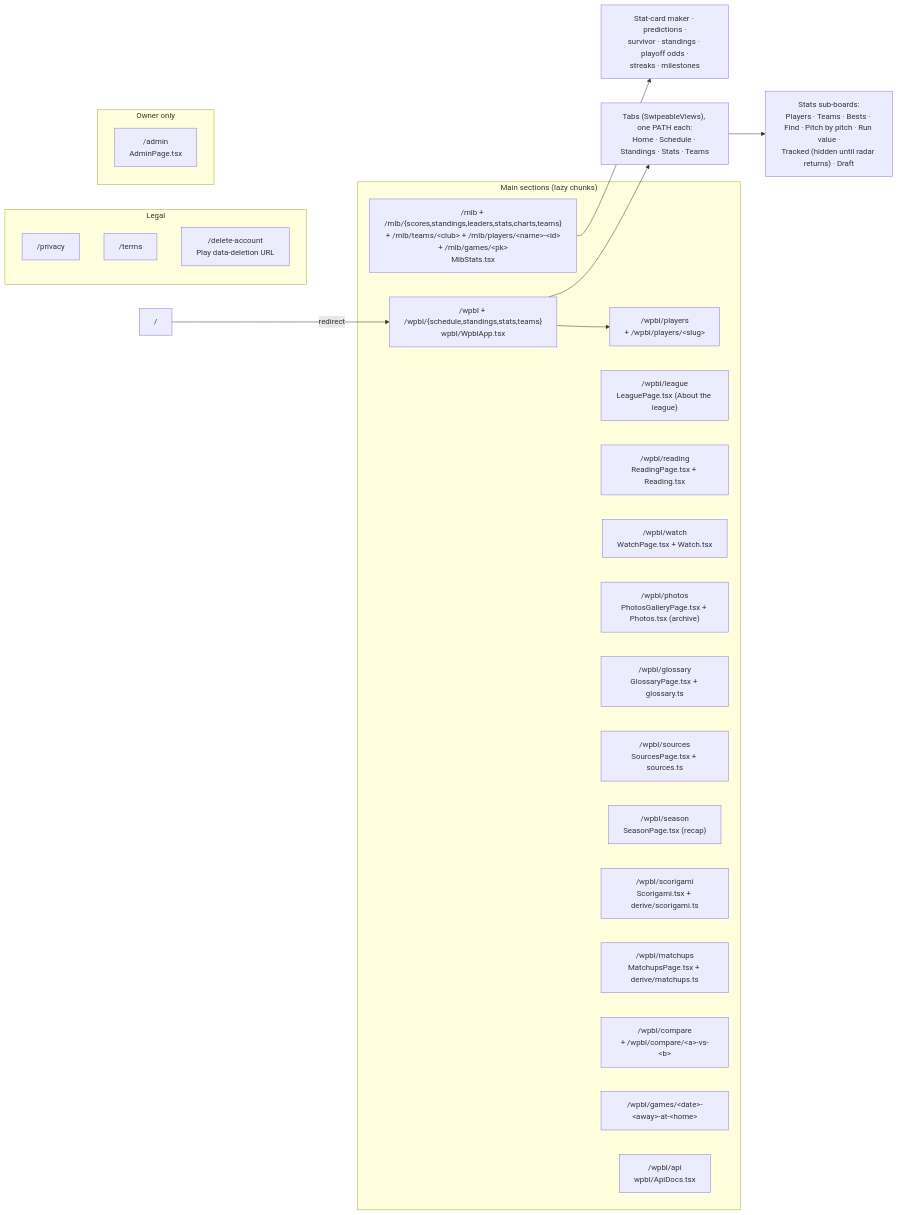
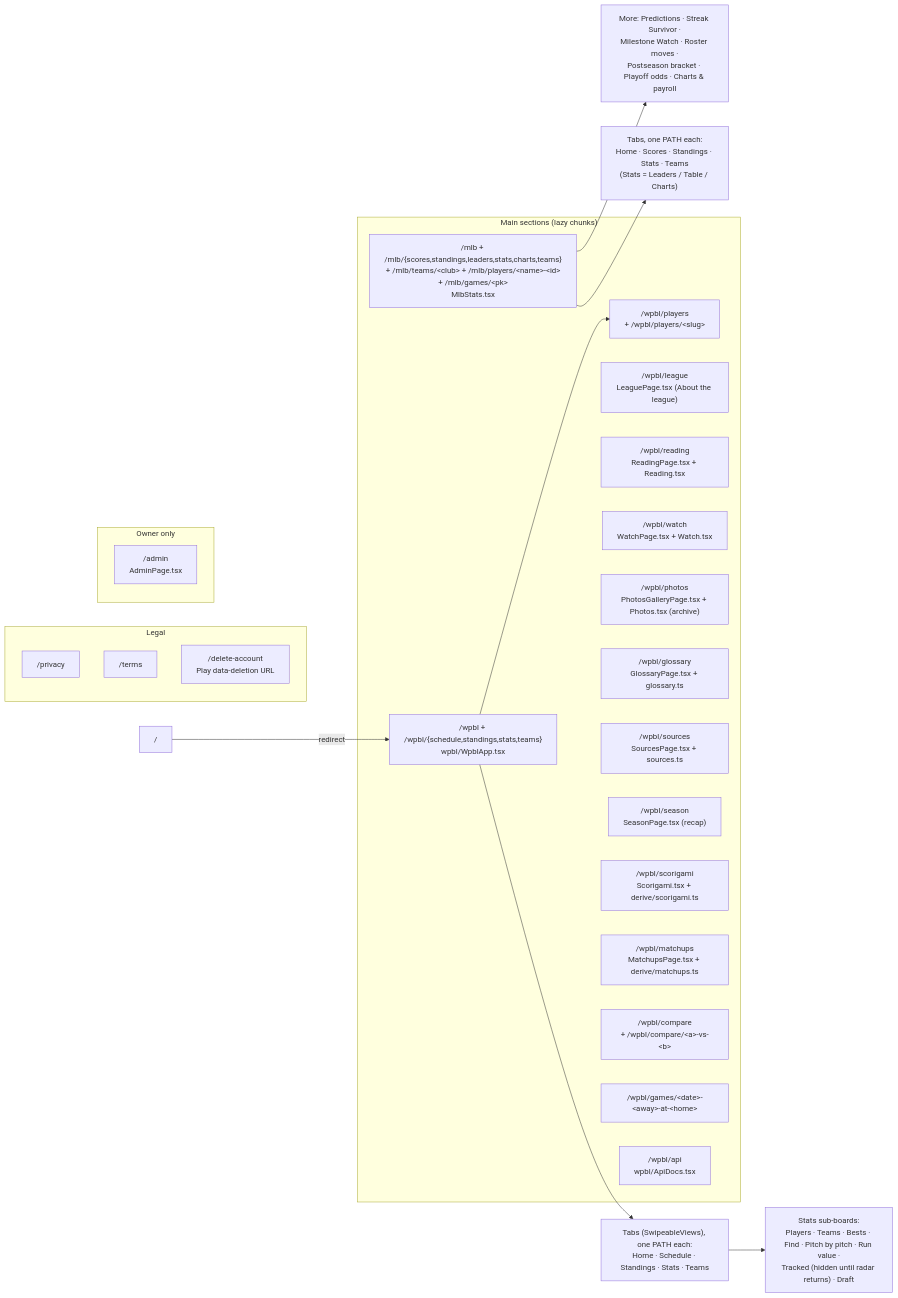
Before and after one commit to sportydolphin/fun: the second of 5 diagrams in ARCHITECTURE.md, drawn with Mermaid. The commit also changed other lines of this file and 11 other files, not shown here.

````diff
--- a/ARCHITECTURE.md
+++ b/ARCHITECTURE.md
@@ -98,36 +98,37 @@
 ```mermaid
 flowchart LR
     subgraph Main["Main sections (lazy chunks)"]
         mlb["/mlb + /mlb/{scores,standings,leaders,stats,charts,teams}<br/>+ /mlb/teams/&lt;club&gt; + /mlb/players/&lt;name&gt;-&lt;id&gt;<br/>+ /mlb/games/&lt;pk&gt;<br/>MlbStats.tsx"]
         wpbl["/wpbl + /wpbl/{schedule,standings,stats,teams}<br/>wpbl/WpblApp.tsx"]
         wplayers["/wpbl/players<br/>+ /wpbl/players/&lt;slug&gt;"]
         wleague["/wpbl/league<br/>LeaguePage.tsx (About the league)"]
         wreading["/wpbl/reading<br/>ReadingPage.tsx + Reading.tsx"]
         wwatch["/wpbl/watch<br/>WatchPage.tsx + Watch.tsx"]
         wphotos["/wpbl/photos<br/>PhotosGalleryPage.tsx + Photos.tsx (archive)"]
         wgloss["/wpbl/glossary<br/>GlossaryPage.tsx + glossary.ts"]
         wsrc["/wpbl/sources<br/>SourcesPage.tsx + sources.ts"]
         wseason["/wpbl/season<br/>SeasonPage.tsx (recap)"]
         wscori["/wpbl/scorigami<br/>Scorigami.tsx + derive/scorigami.ts"]
         wmatch["/wpbl/matchups<br/>MatchupsPage.tsx + derive/matchups.ts"]
         wcmp["/wpbl/compare<br/>+ /wpbl/compare/&lt;a&gt;-vs-&lt;b&gt;"]
         wgames["/wpbl/games/&lt;date&gt;-&lt;away&gt;-at-&lt;home&gt;"]
         api["/wpbl/api<br/>wpbl/ApiDocs.tsx"]
     end
 
     subgraph Legal["Legal"]
         priv["/privacy"]
         terms["/terms"]
         del["/delete-account<br/>Play data-deletion URL"]
     end
 
     subgraph Owner["Owner only"]
         adm["/admin<br/>AdminPage.tsx"]
     end
 
     root["/"] -->|redirect| wpbl
     wpbl --> wtabs["Tabs (SwipeableViews), one PATH each:<br/>Home · Schedule · Standings · Stats · Teams"]
     wtabs --> wstats["Stats sub-boards:<br/>Players · Teams · Bests · Find · Pitch by pitch · Run value ·<br/>Tracked (hidden until radar returns) · Draft"]
     wpbl --> wplayers
-    mlb --> mtabs["Stat-card maker · predictions ·<br/>survivor · standings · playoff odds ·<br/>streaks · milestones"]
+    mlb --> mtabs["Tabs, one PATH each:<br/>Home · Scores · Standings · Stats · Teams<br/>(Stats = Leaders / Table / Charts)"]
+    mlb --> mmore["More: Predictions · Streak Survivor ·<br/>Milestone Watch · Roster moves ·<br/>Postseason bracket · Playoff odds · Charts & payroll"]
 ```
````
